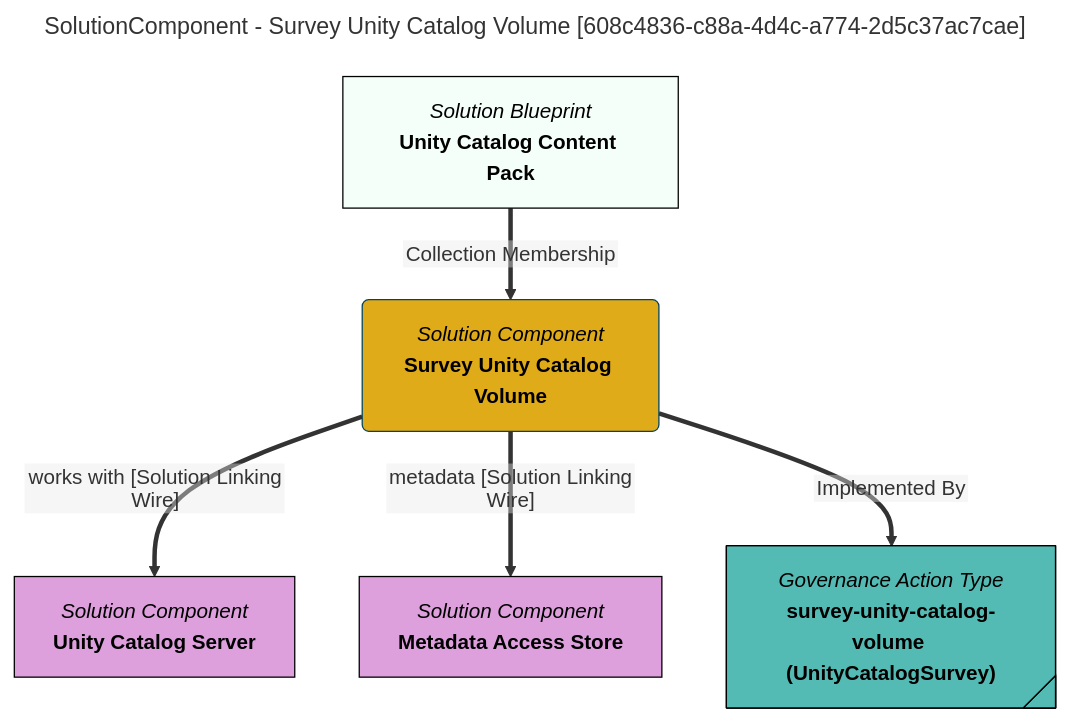
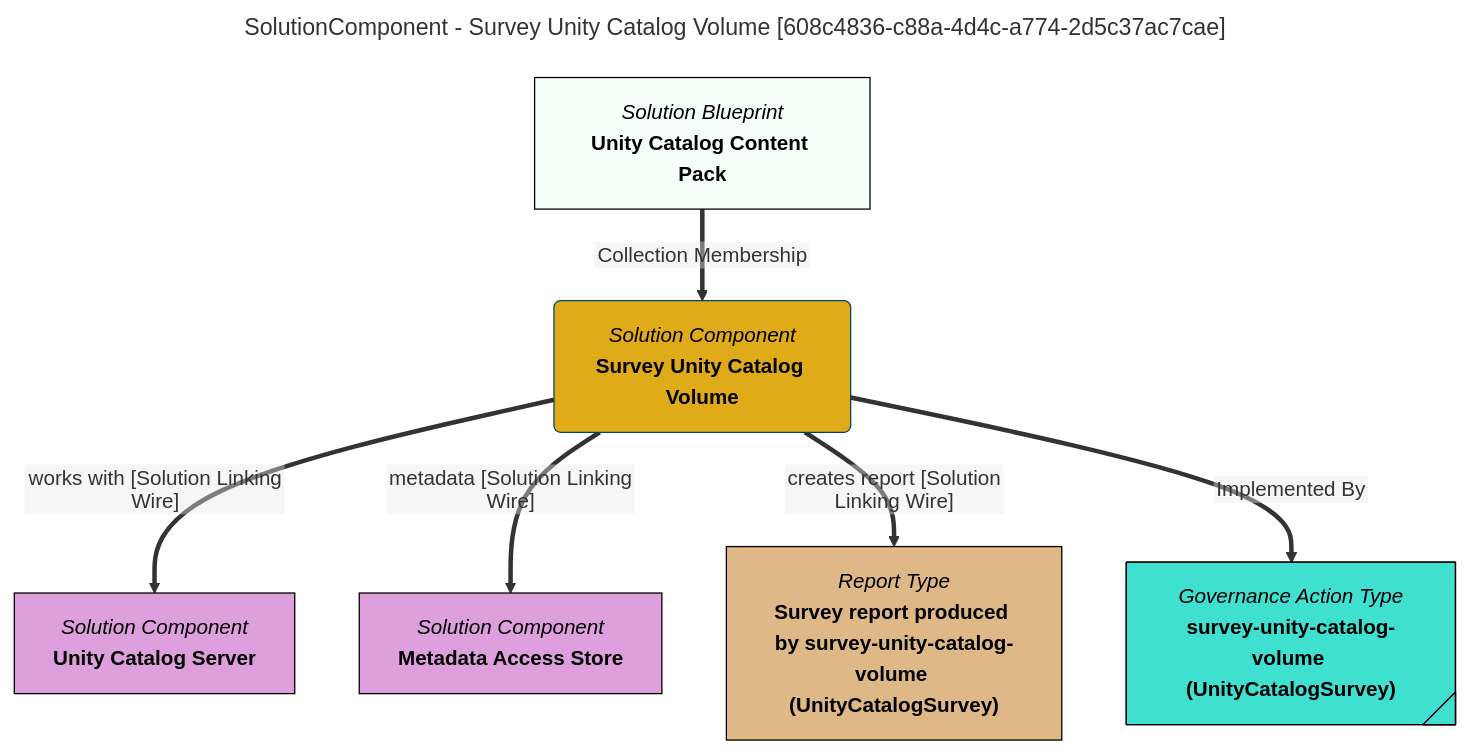
Before and after one commit to odpi/egeria-docs: the diagram in site/snippets/blueprints/components/survey-unity-catalog-volume-mermaid-graph.md, drawn with Mermaid. The commit also changed 2201 other files, not shown here.

````diff
--- a/site/snippets/blueprints/components/survey-unity-catalog-volume-mermaid-graph.md
+++ b/site/snippets/blueprints/components/survey-unity-catalog-volume-mermaid-graph.md
@@ -1,30 +1,34 @@
 ```mermaid
 ---
 title: SolutionComponent - Survey Unity Catalog Volume [608c4836-c88a-4d4c-a774-2d5c37ac7cae]
 ---
 flowchart TD
 %%{init: {"flowchart": {"htmlLabels": false}} }%%
 
 1@{ shape: rounded, label: "*Solution Component*
 **Survey Unity Catalog Volume**"}
 2@{ shape: rect, label: "*Solution Blueprint*
 **Unity Catalog Content Pack**"}
 2==>|"Collection Membership"|1
 3@{ shape: rect, label: "*Solution Component*
 **Unity Catalog Server**"}
 1==>|"works with [Solution Linking Wire]"|3
 4@{ shape: rect, label: "*Solution Component*
 **Metadata Access Store**"}
 1==>|"metadata [Solution Linking Wire]"|4
-5@{ shape: tag-rect, label: "*Governance Action Type*
+5@{ shape: rect, label: "*Report Type*
+**Survey report produced by survey-unity-catalog-volume (UnityCatalogSurvey)**"}
+1==>|"creates report [Solution Linking Wire]"|5
+6@{ shape: tag-rect, label: "*Governance Action Type*
 **survey-unity-catalog-volume (UnityCatalogSurvey)**"}
-1==>|"Implemented By"|5
+1==>|"Implemented By"|6
 style 1 color:#000000, fill:#e0ab18, stroke:#004563
 style 2 color:#000000, fill:#f5fffa, stroke:#000000
-style 3 color:#000000, fill:#dda0dd, stroke:#000000
-style 4 color:#000000, fill:#dda0dd, stroke:#000000
-style 5 color:#000000, fill:#53bbb4, stroke:#000000
+style 3 color:#000000, fill:#DDA0DD, stroke:#000000
+style 4 color:#000000, fill:#DDA0DD, stroke:#000000
+style 5 color:#000000, fill:#DEB887, stroke:#000000
+style 6 color:#000000, fill:#40E0D0, stroke:#000000
 click 1 "https://egeria-project.org/concepts/governance-action-type/" "Click for more documentation" _blank
 click 3 "https://github.com/unitycatalog/unitycatalog" "Click for more documentation" _blank
 click 4 "https://egeria-project.org/concepts/metadata-access-store/" "Click for more documentation" _blank
 ```
````
